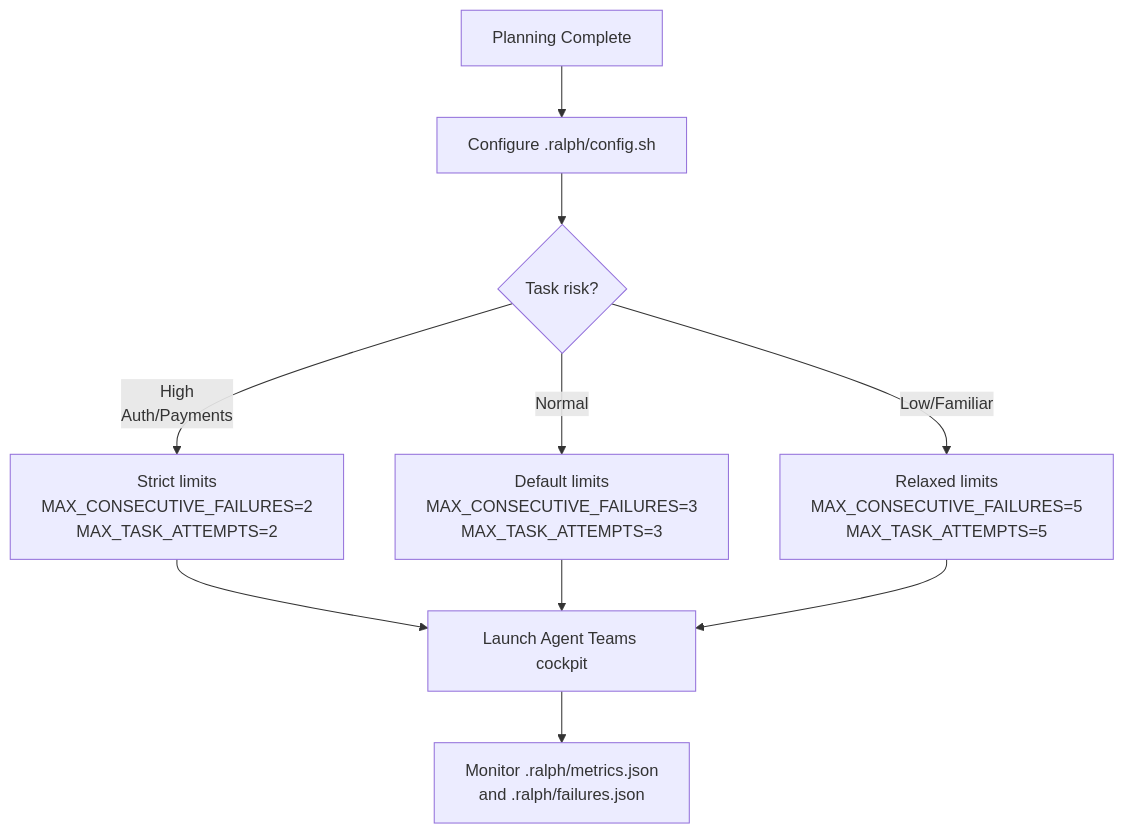
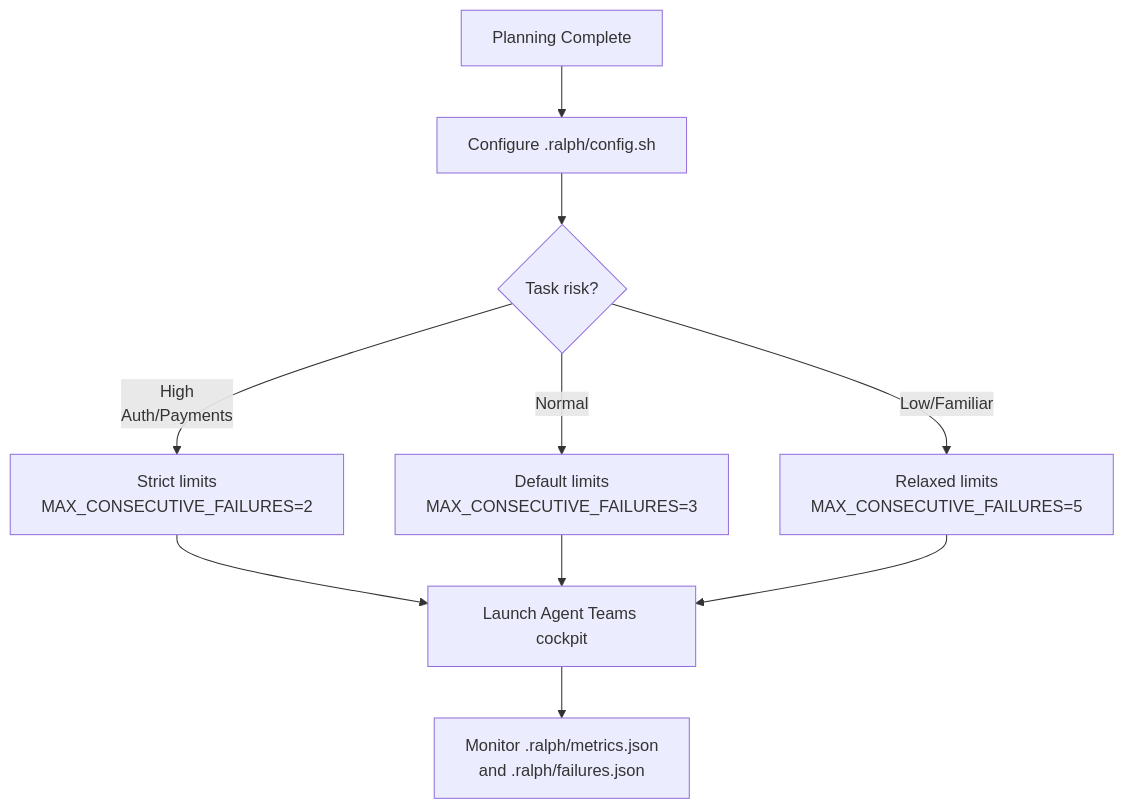
Before and after one commit to Dario-Arcos/ai-framework: the fifth of 5 diagrams in skills/ralph-orchestrator/references/mode-selection.md, drawn with Mermaid. The commit also changed other lines of this file and 7 other files, not shown here.

````diff
--- a/skills/ralph-orchestrator/references/mode-selection.md
+++ b/skills/ralph-orchestrator/references/mode-selection.md
@@ -229,16 +229,16 @@
 ```mermaid
 graph TD
     Ready[Planning Complete] --> Config[Configure .ralph/config.sh]
 
     Config --> Q1{Task risk?}
 
-    Q1 -->|High<br/>Auth/Payments| Strict[Strict limits<br/>MAX_CONSECUTIVE_FAILURES=2<br/>MAX_TASK_ATTEMPTS=2]
-    Q1 -->|Normal| Default[Default limits<br/>MAX_CONSECUTIVE_FAILURES=3<br/>MAX_TASK_ATTEMPTS=3]
-    Q1 -->|Low/Familiar| Relaxed[Relaxed limits<br/>MAX_CONSECUTIVE_FAILURES=5<br/>MAX_TASK_ATTEMPTS=5]
+    Q1 -->|High<br/>Auth/Payments| Strict[Strict limits<br/>MAX_CONSECUTIVE_FAILURES=2]
+    Q1 -->|Normal| Default[Default limits<br/>MAX_CONSECUTIVE_FAILURES=3]
+    Q1 -->|Low/Familiar| Relaxed[Relaxed limits<br/>MAX_CONSECUTIVE_FAILURES=5]
 
     Strict --> Launch[Launch Agent Teams cockpit]
     Default --> Launch
     Relaxed --> Launch
 
     Launch --> Monitor[Monitor .ralph/metrics.json<br/>and .ralph/failures.json]
 ```
````
